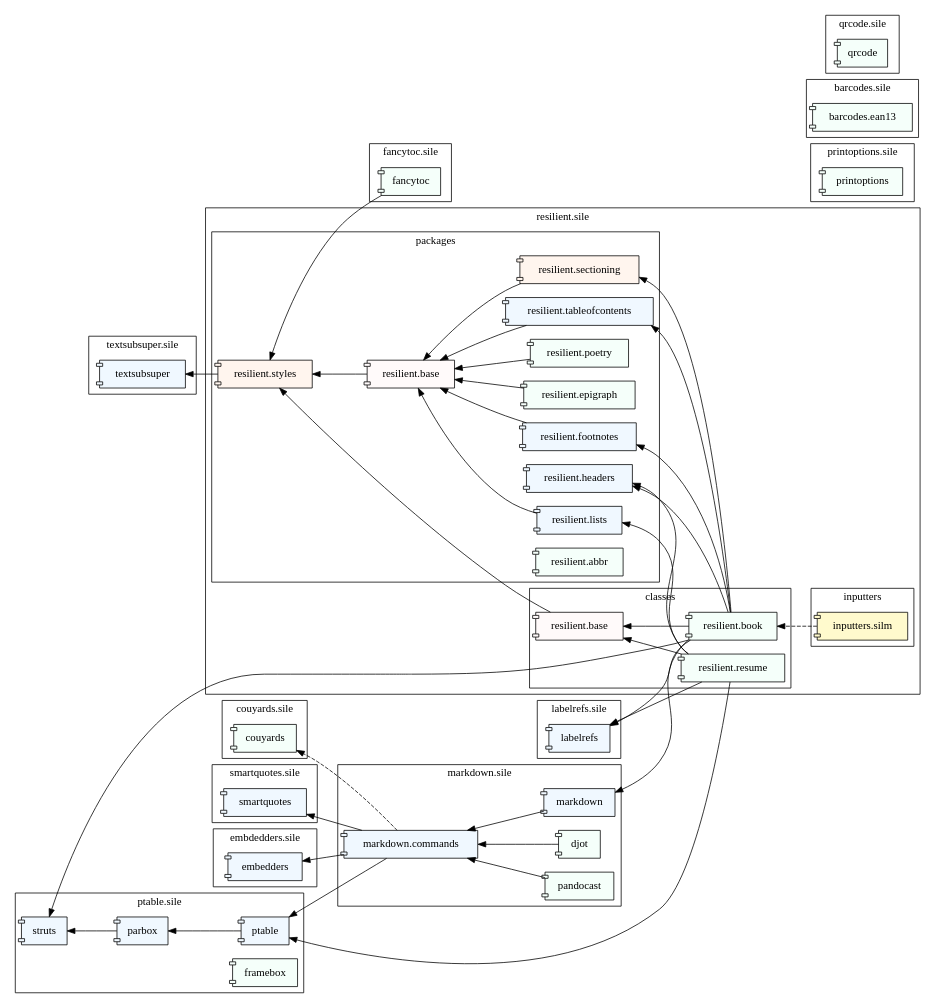
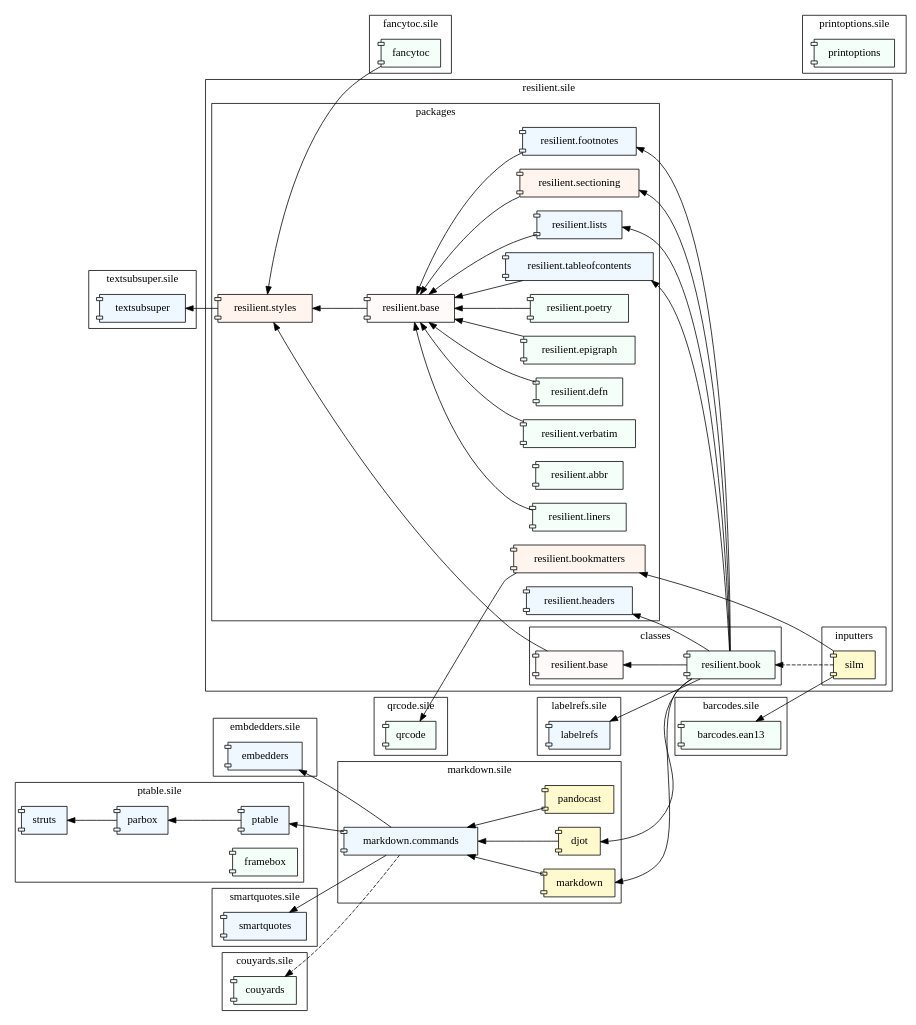
The diagram in examples/resilient-ecosystem.dot (Omikhleia/resilient.sile), drawn with Graphviz before and after one commit. The commit also changed 6 other files, not shown here.

```diff
--- a/examples/resilient-ecosystem.dot
+++ b/examples/resilient-ecosystem.dot
@@ -1,153 +1,156 @@
 digraph omikhleia {
   rankdir=RL;
 
   subgraph cluster_embedders {
     label = "embdedders.sile";
 
     embedders [shape=component,style=filled,fillcolor=aliceblue]
   }
 
   subgraph cluster_ptable {
     label = "ptable.sile";
 
     ptable [shape=component,style=filled,fillcolor=aliceblue]
     parbox [shape=component,style=filled,fillcolor=aliceblue]
     struts [shape=component,style=filled,fillcolor=aliceblue]
 
     framebox [shape=component,style=filled,fillcolor=mintcream]
 
     ptable -> parbox
     parbox -> struts
   }
 
   subgraph cluster_textsubsuper {
     label = "textsubsuper.sile";
 
     textsubsuper [shape=component,style=filled,fillcolor=aliceblue]
   }
+  subgraph cluster_qrcode {
+    label = "qrcode.sile";
+
+    qrcode [shape=component,style=filled,fillcolor=mintcream]
+  }
 
   subgraph cluster_labelrefs {
     label = "labelrefs.sile";
 
     labelrefs [shape=component,style=filled,fillcolor=aliceblue]
   }
 
   subgraph cluster_resilient {
     label = "resilient.sile";
 
     subgraph cluster_resilient_cls {
       label = "classes";
 
       cbase [shape=component,style=filled,fillcolor=snow,label="resilient.base"]
       book [shape=component,style=filled,fillcolor=mintcream,label="resilient.book"]
-      resume [shape=component,style=filled,fillcolor=mintcream,label="resilient.resume"]
 
       book -> cbase
-      resume -> cbase
     }
     subgraph cluster_resilient_pkg {
       label = "packages";
 
       pbase [shape=component,style=filled,fillcolor=snow,label="resilient.base"]
 
       tableofcontents [shape=component,style=filled,fillcolor=aliceblue,label="resilient.tableofcontents"]
       footnotes [shape=component,style=filled,fillcolor=aliceblue,label="resilient.footnotes"]
       headers [shape=component,style=filled,fillcolor=aliceblue,label="resilient.headers"]
 
       sectioning [shape=component,style=filled,fillcolor=seashell,label="resilient.sectioning"]
       styles [shape=component,style=filled,fillcolor=seashell,label="resilient.styles"]
+      bookmatters [shape=component,style=filled,fillcolor=seashell,label="resilient.bookmatters"]
 
       lists [shape=component,style=filled,fillcolor=aliceblue,label="resilient.lists"]
 
       poetry [shape=component,style=filled,fillcolor=mintcream,label="resilient.poetry"]
       epigraph [shape=component,style=filled,fillcolor=mintcream,label="resilient.epigraph"]
       abbr [shape=component,style=filled,fillcolor=mintcream,label="resilient.abbr"]
+      defn [shape=component,style=filled,fillcolor=mintcream,label="resilient.defn"]
+      verbatim [shape=component,style=filled,fillcolor=mintcream,label="resilient.verbatim"]
+      liners [shape=component,style=filled,fillcolor=mintcream,label="resilient.liners"]
 
       cbase -> styles
       pbase -> styles
       styles -> textsubsuper
+      bookmatters -> qrcode
 
       book -> tableofcontents
       book -> footnotes
       book -> headers
       book -> sectioning
       book -> labelrefs
-      book -> struts
-
-      resume -> lists
-      resume -> headers
-      resume -> ptable
-      resume -> labelrefs
+      book -> lists
 
       epigraph -> pbase
       footnotes -> pbase
       lists -> pbase
       poetry -> pbase
       sectioning -> pbase
-      tableofcontents ->pbase
+      tableofcontents -> pbase
+      defn -> pbase
+      verbatim -> pbase
+      liners -> pbase
     }
     subgraph cluster_resilient_ins {
       label = "inputters";
 
-      silm [shape=component,style=filled,fillcolor=lemonchiffon,label="inputters.silm"]
+      silm [shape=component,style=filled,fillcolor=lemonchiffon,label="silm"]
       silm -> book [style=dashed]
+      silm -> bookmatters
     }
 
   }
 
   subgraph cluster_smartquotes {
     label = "smartquotes.sile";
 
     smartquotes [shape=component,style=filled,fillcolor=aliceblue]
   }
 
   subgraph cluster_markdown {
     label = "markdown.sile";
 
-    markdown [shape=component,style=filled,fillcolor=aliceblue]
-    djot [shape=component,style=filled,fillcolor=mintcream]
-    pandocast [shape=component,style=filled,fillcolor=mintcream]
+    markdown [shape=component,style=filled,fillcolor=lemonchiffon]
+    djot [shape=component,style=filled,fillcolor=lemonchiffon]
+    pandocast [shape=component,style=filled,fillcolor=lemonchiffon]
     markcmd [shape=component,style=filled,fillcolor=aliceblue,label="markdown.commands"]
 
     markdown -> markcmd
     djot -> markcmd
     pandocast -> markcmd
 
     book -> markdown
+    book -> djot
     markcmd -> ptable
     markcmd -> embedders
     markcmd -> smartquotes
-  }
-
-  subgraph cluster_printoptions {
-    label = "printoptions.sile";
-
-    printoptions [shape=component,style=filled,fillcolor=mintcream]
   }
 
   subgraph cluster_fancytoc {
     label = "fancytoc.sile";
 
     fancytoc [shape=component,style=filled,fillcolor=mintcream]
     fancytoc -> styles
   }
 
   subgraph cluster_couyards {
     label = "couyards.sile";
 
     couyards [shape=component,style=filled,fillcolor=mintcream]
     markcmd -> couyards [style=dashed]
   }
 
   subgraph cluster_barcodes {
     label = "barcodes.sile";
 
     barcodes [shape=component,style=filled,fillcolor=mintcream,label="barcodes.ean13"]
   }
 
-  subgraph cluster_qrcode {
-    label = "qrcode.sile";
+subgraph cluster_printoptions {
+    label = "printoptions.sile";
 
-    qrcode [shape=component,style=filled,fillcolor=mintcream]
+    printoptions [shape=component,style=filled,fillcolor=mintcream]
+    silm -> barcodes
   }
 }
```
